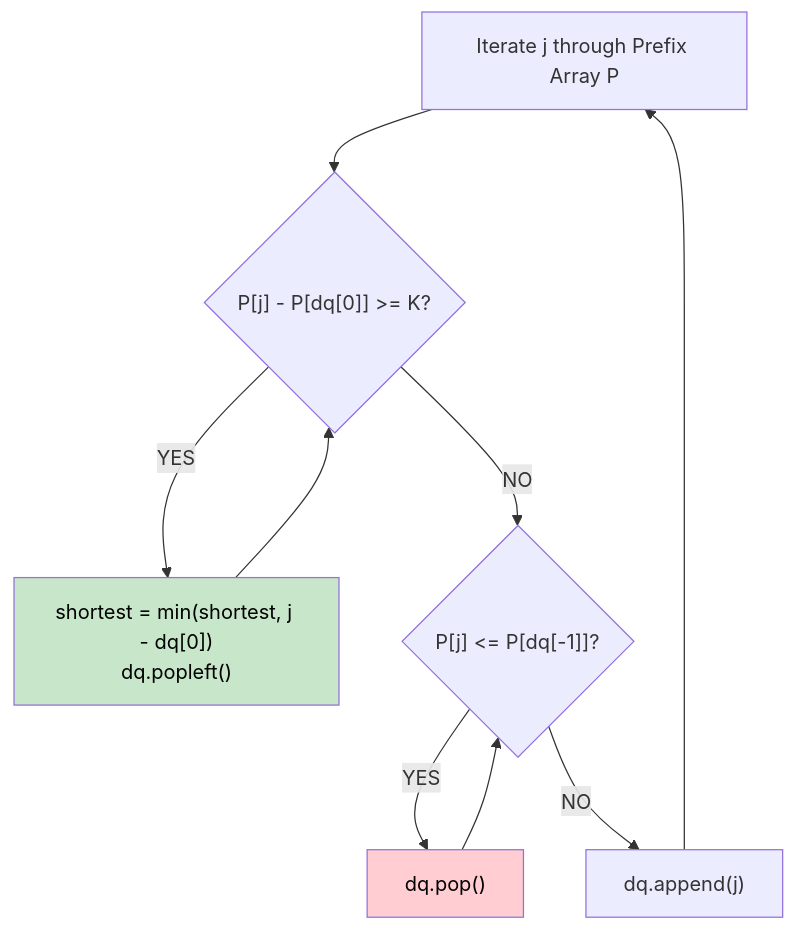
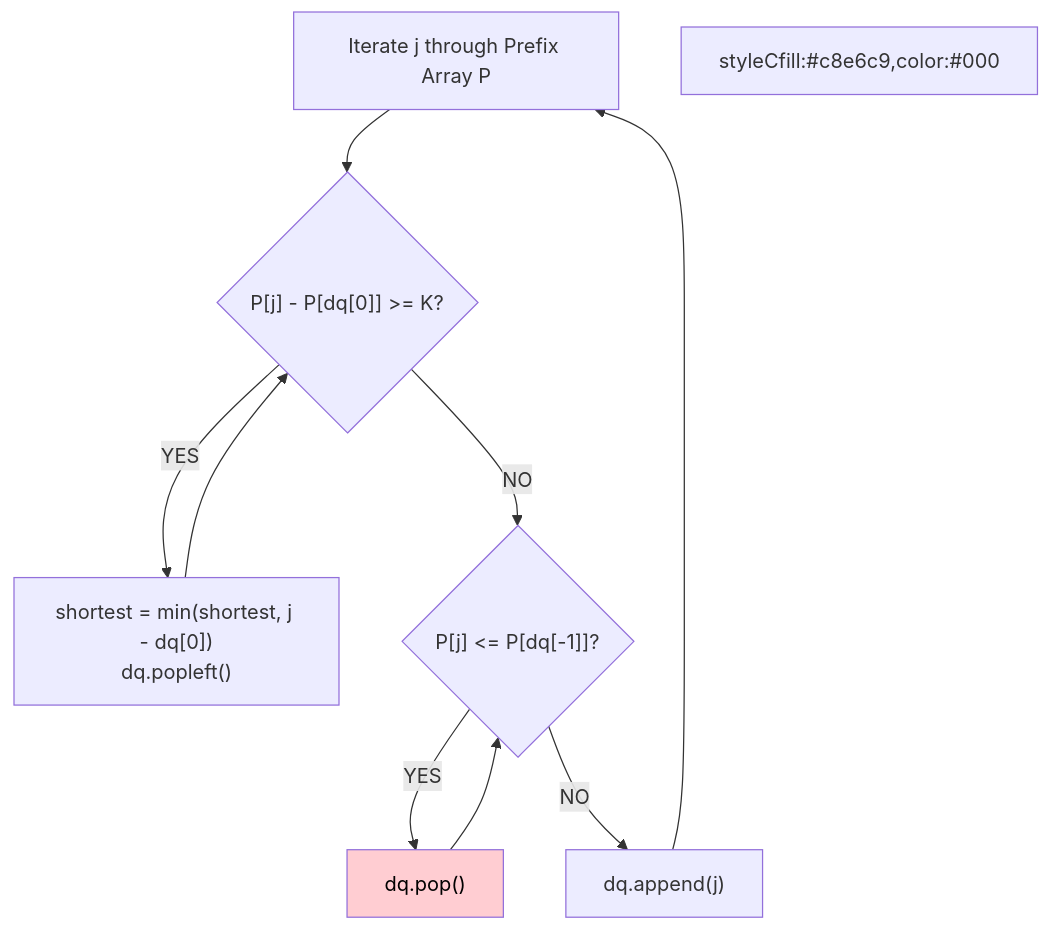
Before and after one commit to vadde/DSA: the diagram in 33 - Monotonic Queue Pattern/problem_07_shortest_subarray_sum_at_least_k_walkthrough.md, drawn with Mermaid. The commit also changed 245 other files, not shown here.

First line of the commit message:
fix: Forensic fix of all Mermaid rendering issues across entire DSA repo + add pre-commit validation infrastructure

````diff
--- a/33 - Monotonic Queue Pattern/problem_07_shortest_subarray_sum_at_least_k_walkthrough.md
+++ b/33 - Monotonic Queue Pattern/problem_07_shortest_subarray_sum_at_least_k_walkthrough.md
@@ -30,14 +30,14 @@
 ```mermaid
 flowchart TD
     A["Iterate j through Prefix Array P"] --> B{"P[j] - P[dq[0]] >= K?"}
     B -->|YES| C["shortest = min(shortest, j - dq[0])\ndq.popleft()"]
     C --> B
-    B -->|NO| D{"P[j] <= P[dq[-1]]?"}
+B -->|NO| D{"P[j] <= P[dq[-1]]?"}
     D -->|YES| E["dq.pop()"]
     E --> D
-    D -->|NO| F["dq.append(j)"]
+D -->|NO| F["dq.append(j)"]
     F --> A
-    
-    style C fill:#c8e6c9,color:#000
+
+styleCfill:#c8e6c9,color:#000
     style E fill:#ffcdd2,color:#000
 ```
````
